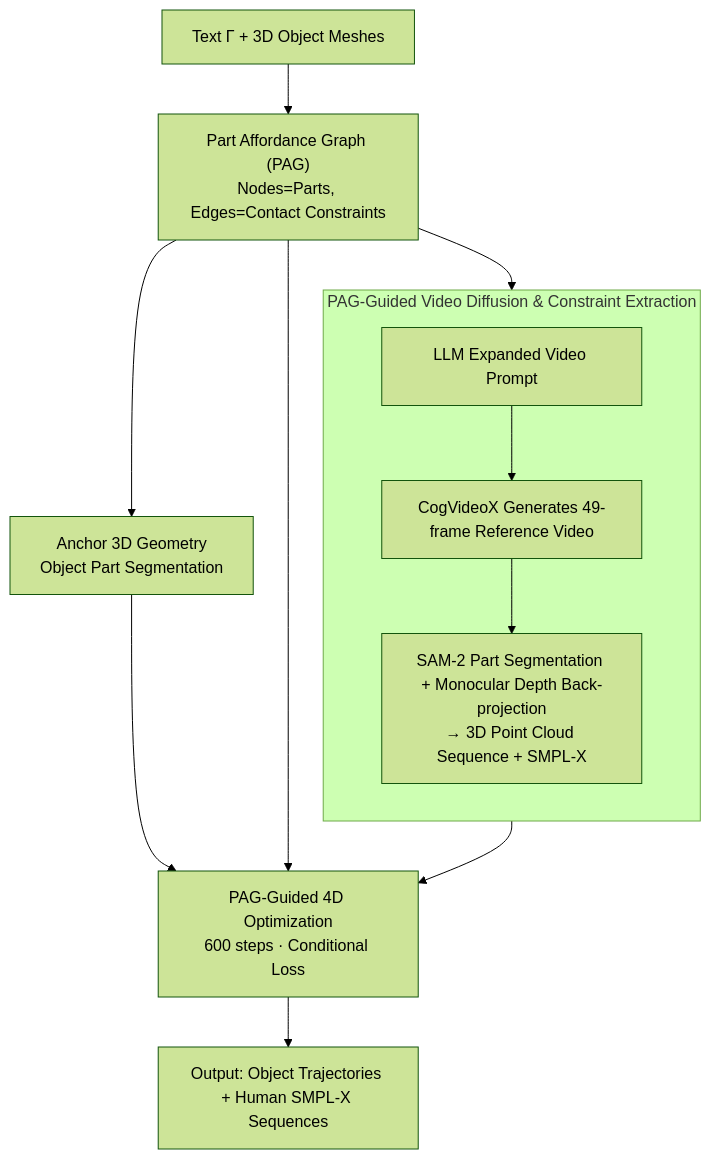
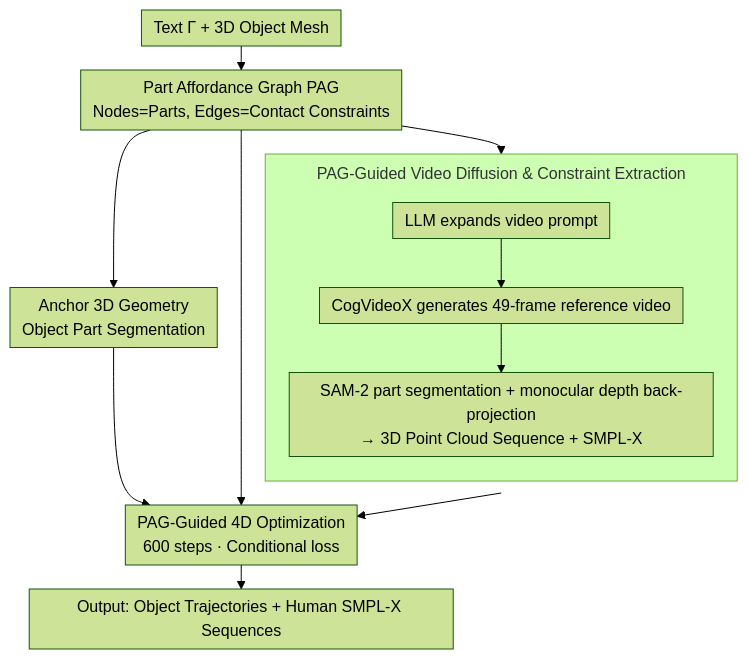
Before and after one commit to zhaoyang97/Paper-Notes-en: the diagram in docs/ICML2026/3d_vision/hoi-page_zero-shot_human-object_interaction_generation_with_part_affordance_guid.md, drawn with Mermaid (forest theme). The commit also changed other lines of this file and 5084 other files, not shown here.

````diff
--- a/docs/ICML2026/3d_vision/hoi-page_zero-shot_human-object_interaction_generation_with_part_affordance_guid.md
+++ b/docs/ICML2026/3d_vision/hoi-page_zero-shot_human-object_interaction_generation_with_part_affordance_guid.md
@@ -44,15 +44,16 @@
 ```mermaid
-graph TD
-    IN["Text Γ + 3D Object Meshes"] --> PAG["Part Affordance Graph (PAG)<br/>Nodes=Parts, Edges=Contact Constraints"]
+%%{init: {'flowchart': {'rankSpacing': 24, 'nodeSpacing': 28, 'padding': 6, 'wrappingWidth': 400, 'subGraphTitleMargin': {'top': 8, 'bottom': 16}}}}%%
+flowchart TD
+    IN["Text Γ + 3D Object Mesh"] --> PAG["Part Affordance Graph PAG<br/>Nodes=Parts, Edges=Contact Constraints"]
     PAG --> SEG["Anchor 3D Geometry<br/>Object Part Segmentation"]
     subgraph VID["PAG-Guided Video Diffusion & Constraint Extraction"]
         direction TB
-        P["LLM Expanded Video Prompt"] --> CV["CogVideoX Generates 49-frame Reference Video"]
-        CV --> EX["SAM-2 Part Segmentation + Monocular Depth Back-projection<br/>→ 3D Point Cloud Sequence + SMPL-X"]
+        P["LLM expands video prompt"] --> CV["CogVideoX generates 49-frame reference video"]
+        CV --> EX["SAM-2 part segmentation + monocular depth back-projection<br/>→ 3D Point Cloud Sequence + SMPL-X"]
     end
     PAG --> P
-    SEG --> OPT["PAG-Guided 4D Optimization<br/>600 steps · Conditional Loss"]
+    SEG --> OPT["PAG-Guided 4D Optimization<br/>600 steps · Conditional loss"]
     VID --> OPT
     PAG --> OPT
     OPT --> OUT["Output: Object Trajectories + Human SMPL-X Sequences"]
 ```
````
